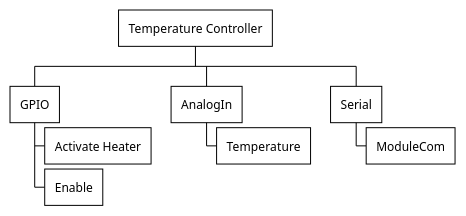
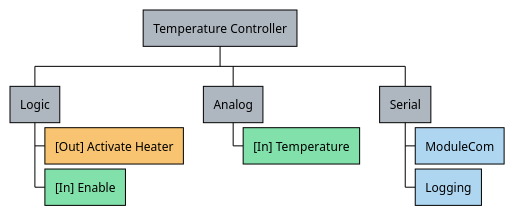
Before and after one commit to sukapx/embedded-bdd: the first of 2 diagrams in doc/Interfaces.puml, drawn with PlantUML. The commit also changed other lines of this file and 4 other files, not shown here.

```diff
--- a/doc/Interfaces.puml
+++ b/doc/Interfaces.puml
@@ -1,12 +1,13 @@
 @startwbs Connections Temperature Controller
 !theme plain
 
-* Temperature Controller
-** GPIO
-*** Activate Heater
-*** Enable
-** AnalogIn
-*** Temperature
-** Serial
-*** ModuleCom
+*[#aeb6bf] Temperature Controller
+**[#aeb6bf] Logic
+***[#f8c471] [Out] Activate Heater
+***[#82e0aa] [In] Enable
+**[#aeb6bf] Analog
+***[#82e0aa] [In] Temperature
+**[#aeb6bf] Serial
+***[#aed6f1] ModuleCom
+***[#aed6f1] Logging
 @endwbs
```
